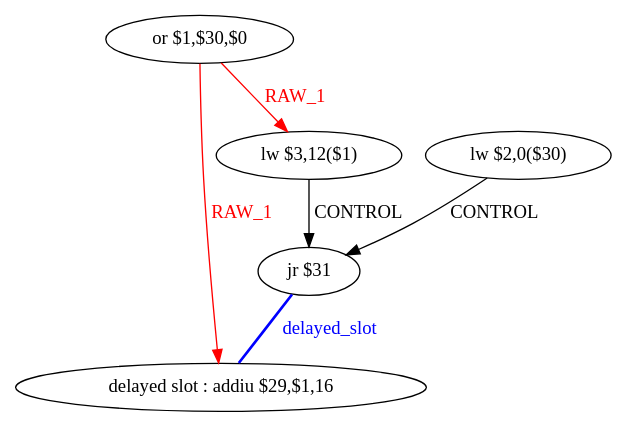
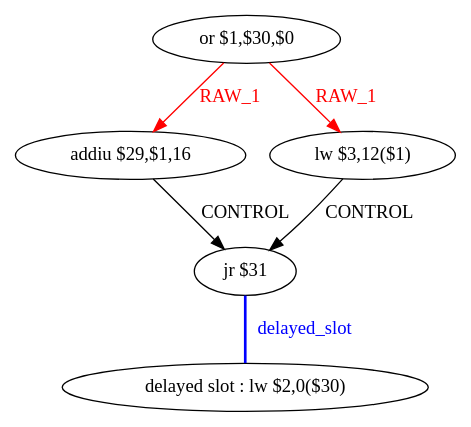
Before and after one commit to lisuxue/CA: the diagram in CoursCA/CodeEtudiant2019/CodeEtudiant/tmp/aes_O0_func_0_dfg_bb3_renamed.dot, drawn with Graphviz. The commit also changed 169 other files, not shown here.

```diff
--- a/CoursCA/CodeEtudiant2019/CodeEtudiant/tmp/aes_O0_func_0_dfg_bb3_renamed.dot
+++ b/CoursCA/CodeEtudiant2019/CodeEtudiant/tmp/aes_O0_func_0_dfg_bb3_renamed.dot
@@ -1,13 +1,13 @@
 digraph G1 {
 node [shape = ellipse];
-i4 [label = " delayed slot : addiu $29,$1,16"] ;
+i4 [label = " delayed slot : lw $2,0($30)"] ;
 i3 ->  i4 [style = bold, dir= none, fontcolor = blue, color = blue, label= "delayed_slot"];
 i3 [label = "jr $31"] ;
 i0 [label = "or $1,$30,$0"] ;
 i0 ->  i2 [color = red, fontcolor = red, label= "RAW_1"];
-i0 ->  i4 [color = red, fontcolor = red, label= "RAW_1"];
-i2 [label = "lw $3,12($1)"] ;
+i0 ->  i1 [color = red, fontcolor = red, label= "RAW_1"];
+i2 [label = "addiu $29,$1,16"] ;
 i2 ->  i3 [label= "CONTROL"];
-i1 [label = "lw $2,0($30)"] ;
+i1 [label = "lw $3,12($1)"] ;
 i1 ->  i3 [label= "CONTROL"];
 }
```
